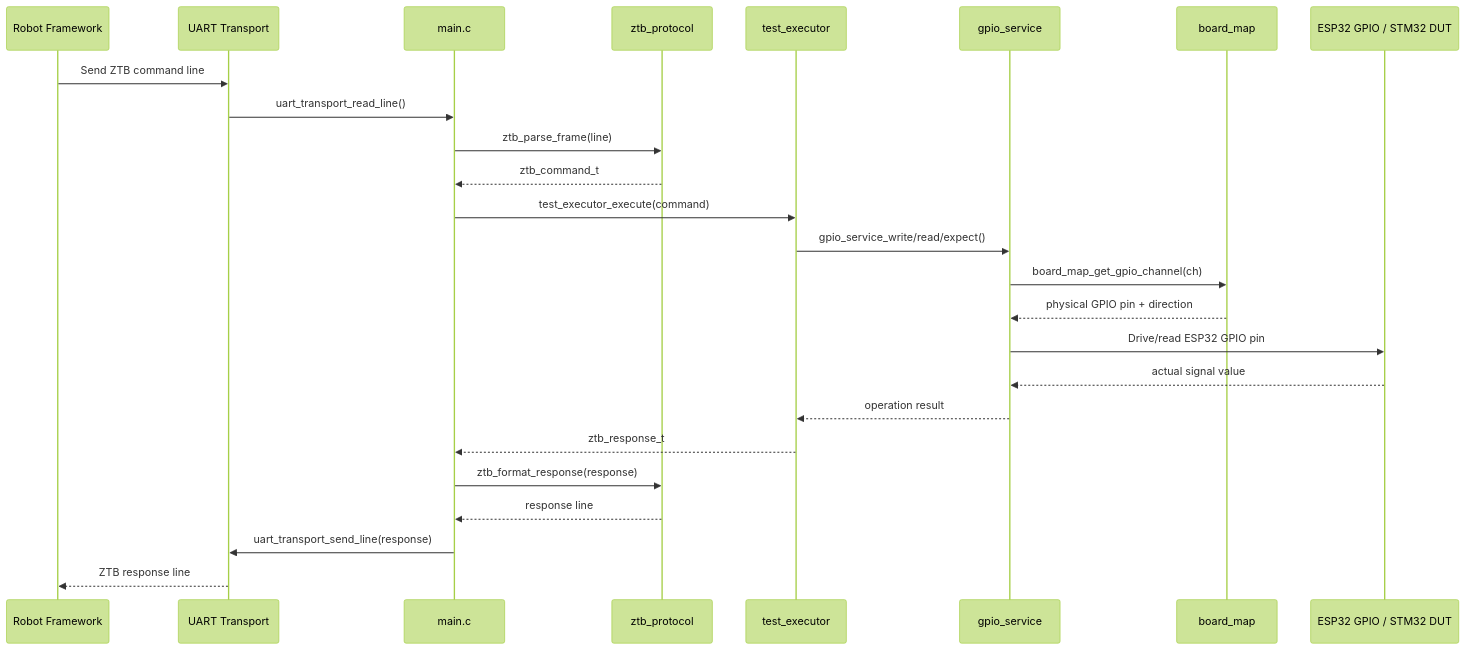
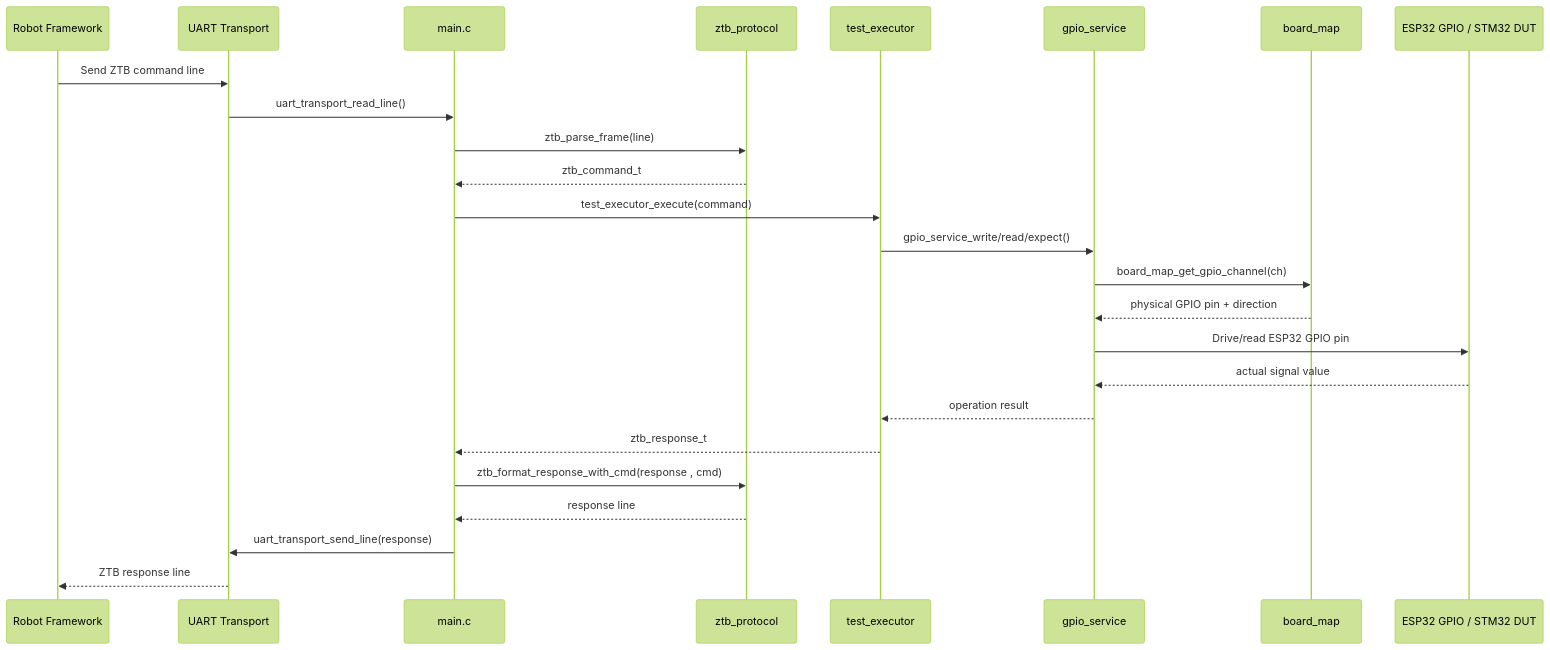
One commit to Zypher-lab/Zypher-HIL-Testbench-Project changed the first of 2 diagrams in docs/architecture.md. Above: the diagram before and after it, drawn with Mermaid (forest theme). The commit also changed other lines of this file and 2 other files, not shown here.

`````diff
--- a/docs/architecture.md
+++ b/docs/architecture.md
@@ -21,30 +26,30 @@
 ```mermaid
 sequenceDiagram
     participant Robot as Robot Framework
     participant UART as UART Transport
     participant Main as main.c
     participant Protocol as ztb_protocol
     participant Executor as test_executor
     participant GPIO as gpio_service
     participant BoardMap as board_map
     participant HW as ESP32 GPIO / STM32 DUT
 
     Robot->>UART: Send ZTB command line
     UART->>Main: uart_transport_read_line()
     Main->>Protocol: ztb_parse_frame(line)
     Protocol-->>Main: ztb_command_t
 
     Main->>Executor: test_executor_execute(command)
     Executor->>GPIO: gpio_service_write/read/expect()
     GPIO->>BoardMap: board_map_get_gpio_channel(ch)
     BoardMap-->>GPIO: physical GPIO pin + direction
     GPIO->>HW: Drive/read ESP32 GPIO pin
     HW-->>GPIO: actual signal value
 
     GPIO-->>Executor: operation result
     Executor-->>Main: ztb_response_t
-    Main->>Protocol: ztb_format_response(response)
+    Main->>Protocol: ztb_format_response_with_cmd(response , cmd)
     Protocol-->>Main: response line
     Main->>UART: uart_transport_send_line(response)
     UART-->>Robot: ZTB response line
 ````
`````
